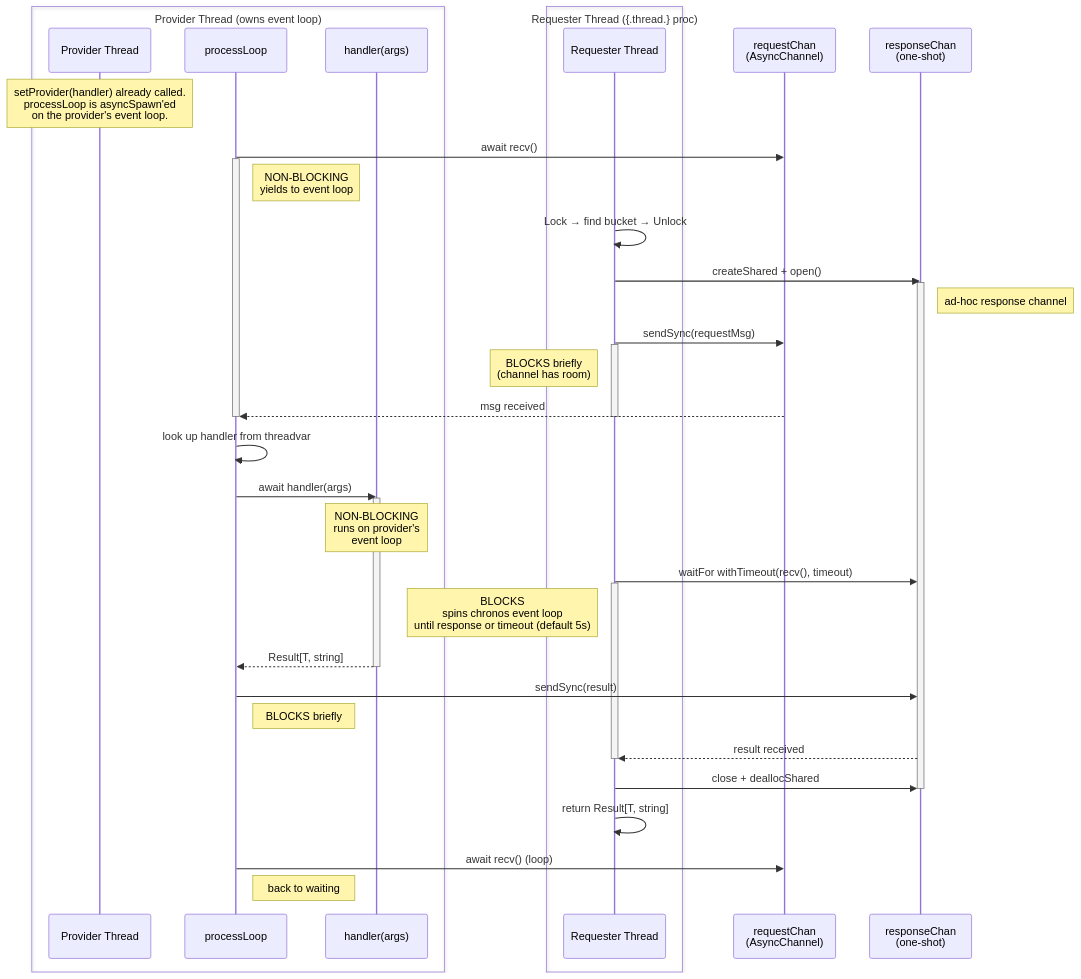
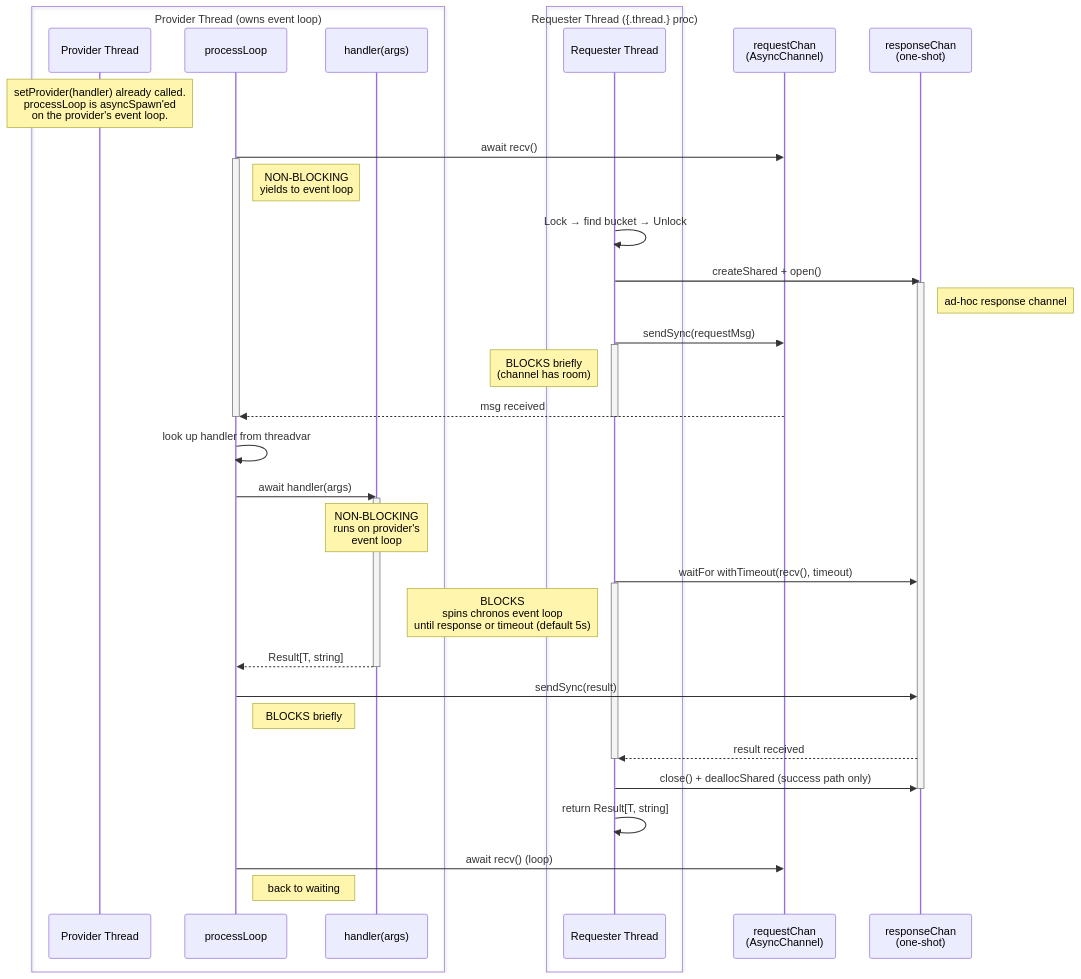
The first of 5 diagrams in doc/MultiThread_RequestBroker.md (NagyZoltanPeter/nim-brokers), drawn with Mermaid before and after one commit. The commit also changed other lines of this file and 2 other files, not shown here.

````diff
--- a/doc/MultiThread_RequestBroker.md
+++ b/doc/MultiThread_RequestBroker.md
@@ -257,56 +262,56 @@
 ```mermaid
 sequenceDiagram
     box Provider Thread (owns event loop)
         participant PT as Provider Thread
         participant PL as processLoop
         participant H as handler(args)
     end
     box Requester Thread ({.thread.} proc)
         participant RT as Requester Thread
     end
     participant RC as requestChan<br/>(AsyncChannel)
     participant RSP as responseChan<br/>(one-shot)
 
     Note over PT: setProvider(handler) already called.<br/>processLoop is asyncSpawn'ed<br/>on the provider's event loop.
 
     PL ->> RC: await recv()
     activate PL
     Note right of PL: NON-BLOCKING<br/>yields to event loop
 
     RT ->> RT: Lock → find bucket → Unlock
     RT ->> RSP: createShared + open()
     activate RSP
     Note right of RSP: ad-hoc response channel
 
     RT ->> RC: sendSync(requestMsg)
     activate RT
     Note left of RT: BLOCKS briefly<br/>(channel has room)
     RC -->> PL: msg received
     deactivate PL
     deactivate RT
 
     PL ->> PL: look up handler from threadvar
     PL ->> H: await handler(args)
     activate H
     Note over H: NON-BLOCKING<br/>runs on provider's<br/>event loop
 
     RT ->> RSP: waitFor withTimeout(recv(), timeout)
     activate RT
     Note left of RT: BLOCKS<br/>spins chronos event loop<br/>until response or timeout (default 5s)
 
     H -->> PL: Result[T, string]
     deactivate H
 
     PL ->> RSP: sendSync(result)
     Note right of PL: BLOCKS briefly
 
     RSP -->> RT: result received
     deactivate RT
-    RT ->> RSP: close + deallocShared
+    RT ->> RSP: close() + deallocShared (success path only)
     deactivate RSP
 
     RT ->> RT: return Result[T, string]
 
     PL ->> RC: await recv() (loop)
     Note right of PL: back to waiting
 ```
````
